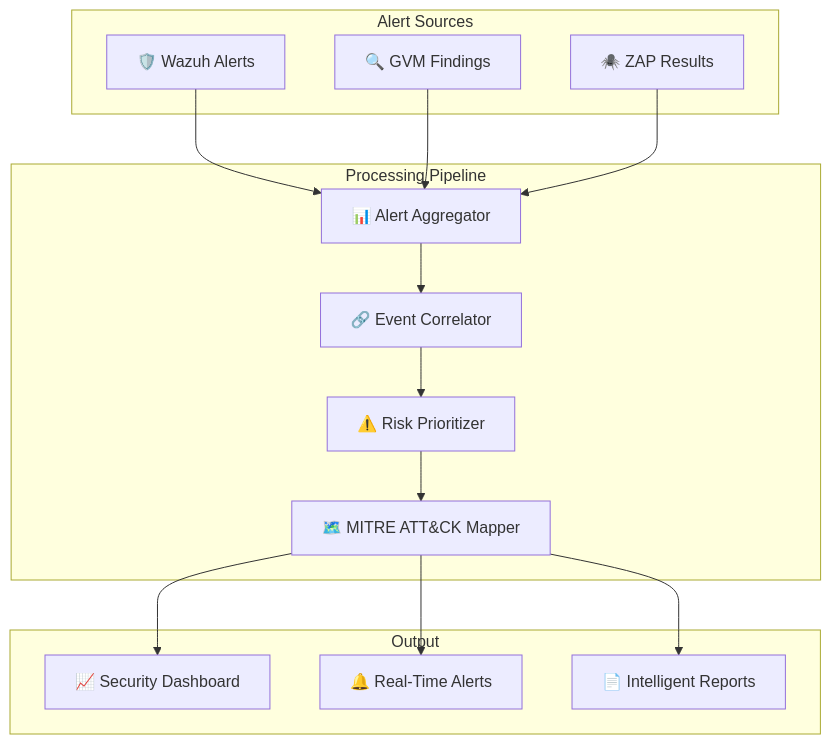
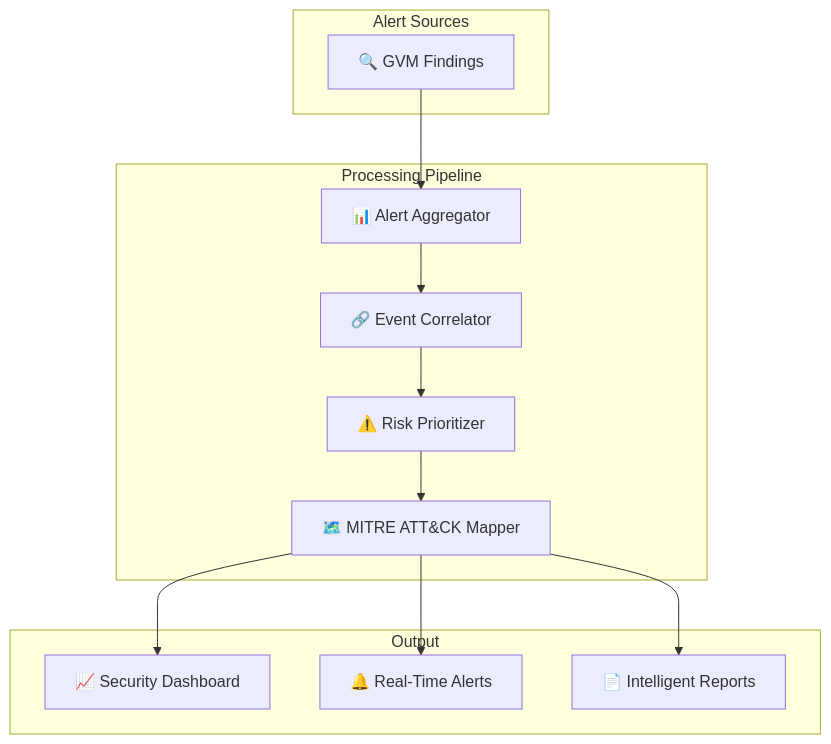
One commit to ChristianUhlander/blue-core-nexus changed the seventh of 8 diagrams in docs/FILE_STRUCTURE_AND_ARCHITECTURE.md. Above: the diagram before and after it, drawn with Mermaid. The commit also changed other lines of this file and 6 other files, not shown here.

````diff
--- a/docs/FILE_STRUCTURE_AND_ARCHITECTURE.md
+++ b/docs/FILE_STRUCTURE_AND_ARCHITECTURE.md
@@ -242,33 +231,29 @@
 ```mermaid
 graph TB
     subgraph "Alert Sources"
-        Wazuh[🛡️ Wazuh Alerts]
         GVM[🔍 GVM Findings]
-        ZAP[🕷️ ZAP Results]
     end
     
     subgraph "Processing Pipeline"
         Aggregator[📊 Alert Aggregator]
         Correlator[🔗 Event Correlator]
         Prioritizer[⚠️ Risk Prioritizer]
         MitreMapper[🗺️ MITRE ATT&CK Mapper]
     end
     
     subgraph "Output"
         Dashboard[📈 Security Dashboard]
         Notifications[🔔 Real-Time Alerts]
         Reports[📄 Intelligent Reports]
     end
     
-    Wazuh --> Aggregator
     GVM --> Aggregator
-    ZAP --> Aggregator
     
     Aggregator --> Correlator
     Correlator --> Prioritizer
     Prioritizer --> MitreMapper
     
     MitreMapper --> Dashboard
     MitreMapper --> Notifications
     MitreMapper --> Reports
 ```
````
